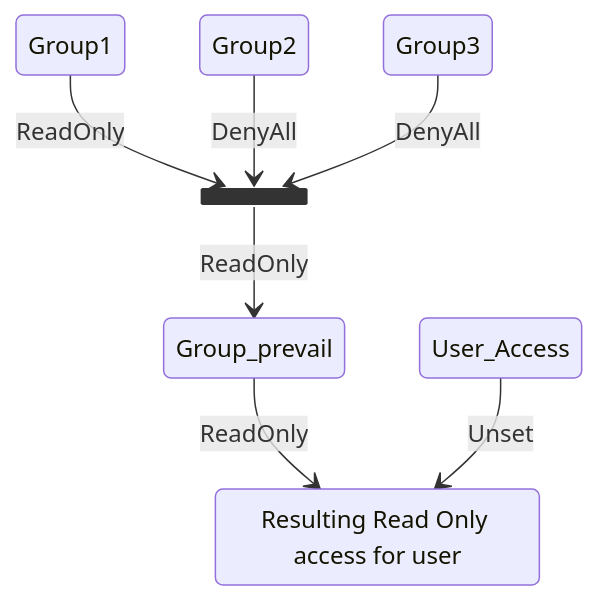
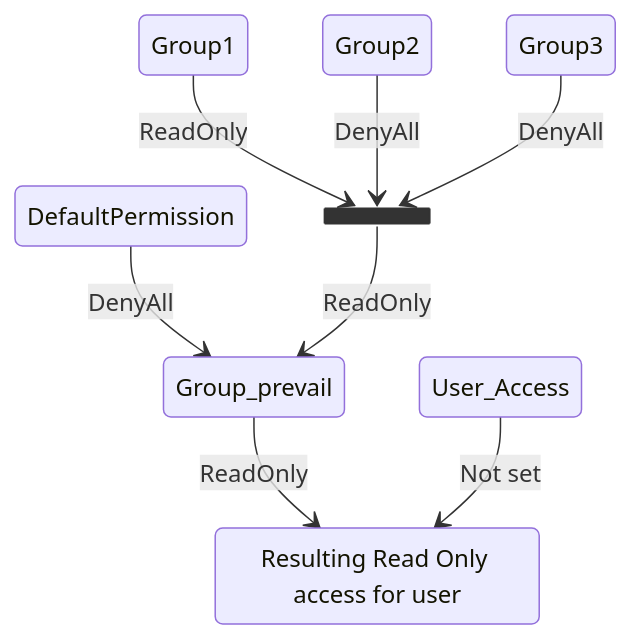
One commit to theguly/iris-doc-src changed the second of 5 diagrams in docs/operations/access_control/index.md. Above: the diagram before and after it, drawn with Mermaid. The commit also changed other lines of this file and 18 other files, not shown here.

````diff
--- a/docs/operations/access_control/index.md
+++ b/docs/operations/access_control/index.md
@@ -47,13 +50,15 @@
 ``` mermaid
 stateDiagram-v2
+    DefaultPermission --> Group_prevail: DenyAll
+
     state join_groups <<join>>
     Group1 --> join_groups: ReadOnly
     Group2 --> join_groups: DenyAll
     Group3 --> join_groups: DenyAll
     join_groups --> Group_prevail: ReadOnly
 
     Effective_ReadOnly: Resulting Read Only access for user
     Group_prevail --> Effective_ReadOnly: ReadOnly 
 
-    User_Access --> Effective_ReadOnly: Unset
+    User_Access --> Effective_ReadOnly: Not set
 ```
````
